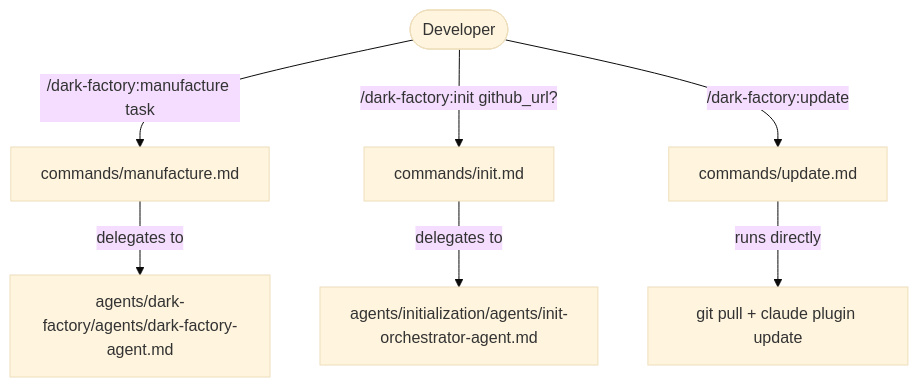
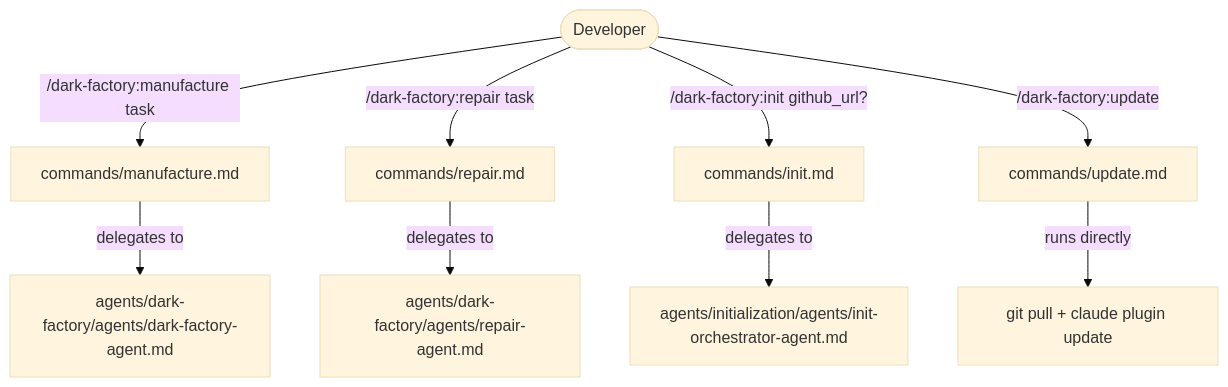
The diagram in docs/docs/commands.md (lewibs/dark-factory), drawn with Mermaid (base theme) before and after one commit. The commit also changed other lines of this file and 16 other files, not shown here.

First line of the commit message:
feat(repair-agent): add lightweight repair agent that skips planning and ships targeted fixes

````diff
--- a/docs/docs/commands.md
+++ b/docs/docs/commands.md
@@ -18,10 +18,12 @@
 ```mermaid
 flowchart TD
   Dev([Developer]) -->|/dark-factory:manufacture task| CMD_M[commands/manufacture.md]
+  Dev -->|/dark-factory:repair task| CMD_R[commands/repair.md]
   Dev -->|/dark-factory:init github_url?| CMD_I[commands/init.md]
   Dev -->|/dark-factory:update| CMD_U[commands/update.md]
 
   CMD_M -->|delegates to| DFA[agents/dark-factory/agents/dark-factory-agent.md]
+  CMD_R -->|delegates to| RA[agents/dark-factory/agents/repair-agent.md]
   CMD_I -->|delegates to| IOA[agents/initialization/agents/init-orchestrator-agent.md]
   CMD_U -->|runs directly| GIT[git pull + claude plugin update]
 ```
````
